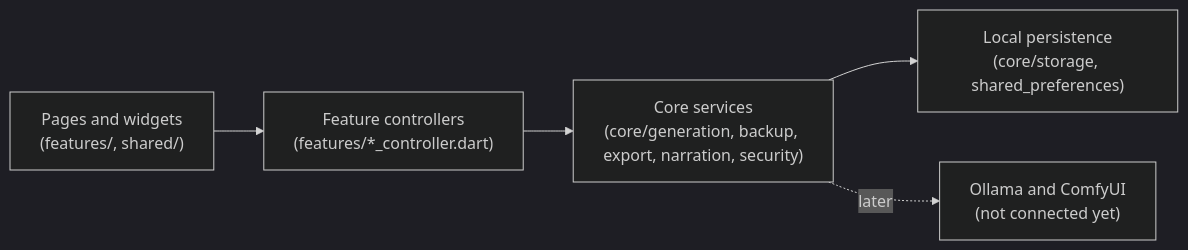
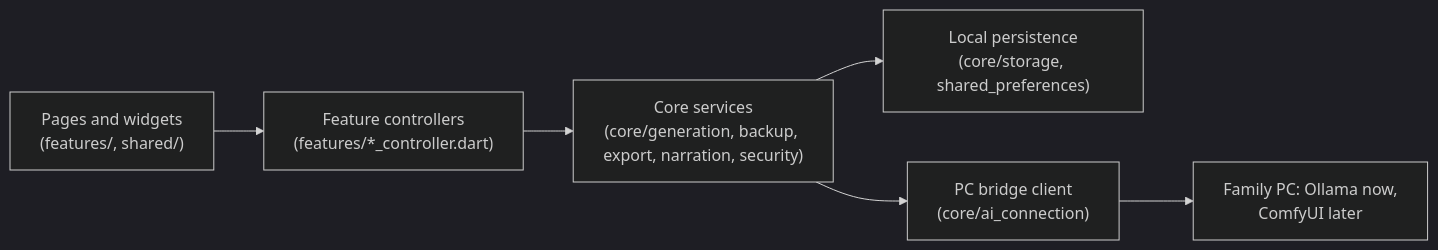
Before and after one commit to Youssefhikal93/Miko-hero: the diagram in docs/CODEBASE.md, drawn with Mermaid (dark theme). The commit also changed other lines of this file and 44 other files, not shown here.

````diff
--- a/docs/CODEBASE.md
+++ b/docs/CODEBASE.md
@@ -13,7 +13,8 @@
 ```mermaid
 flowchart LR
     UI["Pages and widgets<br/>(features/, shared/)"] --> Controllers["Feature controllers<br/>(features/*_controller.dart)"]
     Controllers --> Services["Core services<br/>(core/generation, backup, export, narration, security)"]
     Services --> Storage["Local persistence<br/>(core/storage, shared_preferences)"]
-    Services -.later.-> LocalAI["Ollama and ComfyUI<br/>(not connected yet)"]
+    Services --> Bridge["PC bridge client<br/>(core/ai_connection)"]
+    Bridge --> LocalAI["Family PC: Ollama now,<br/>ComfyUI later"]
 ```
````
